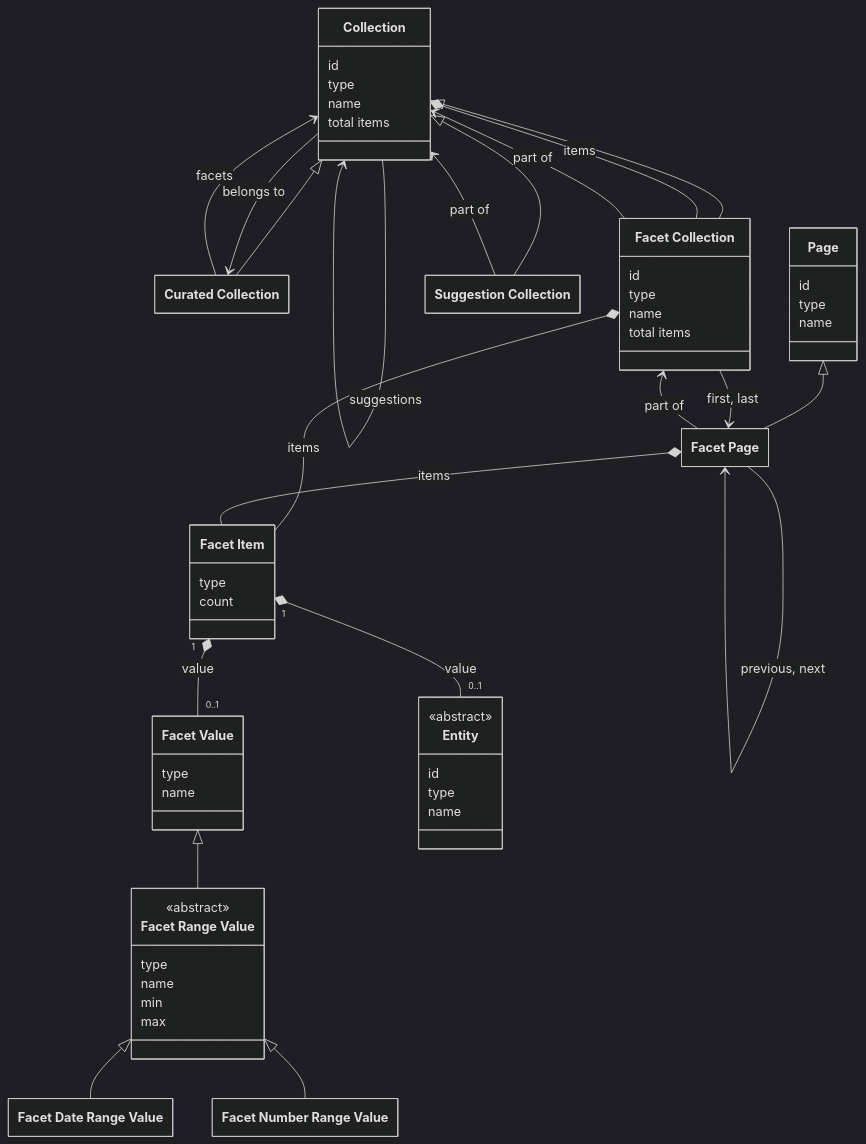
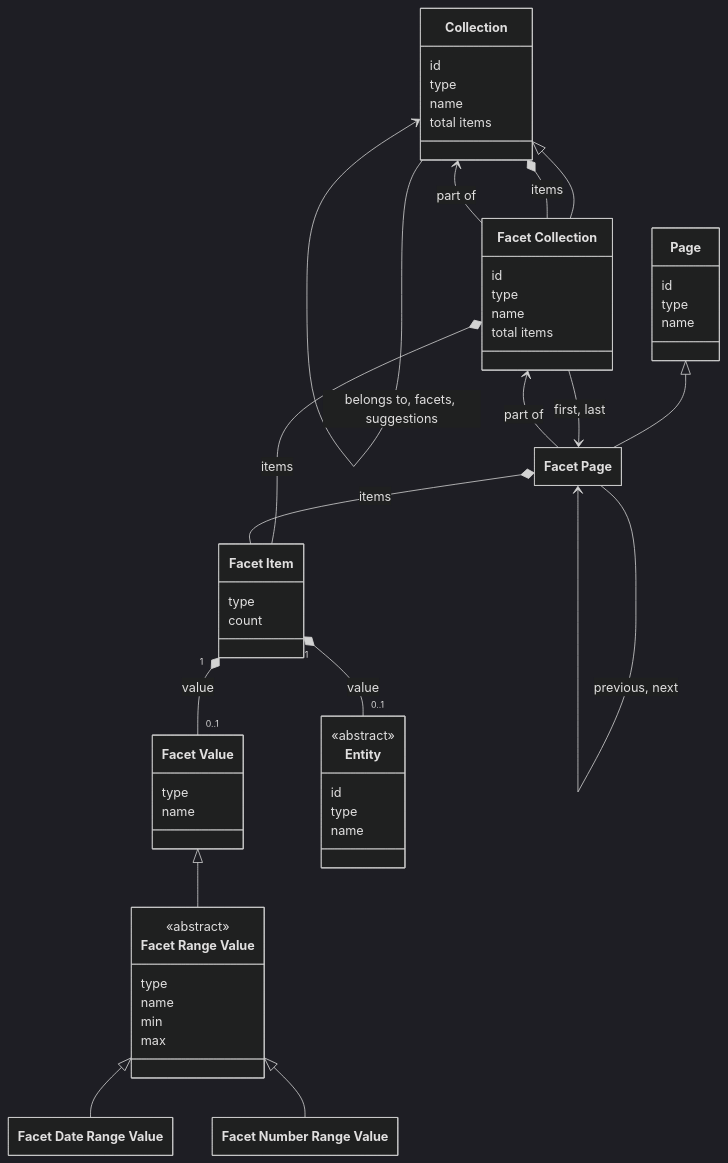
Before and after one commit to netwerk-digitaal-erfgoed/netwerk-digitaal-erfgoed.github.io: the diagram in docs/requirements/data-layer-api/rest/facets.md, drawn with Mermaid (dark theme). The commit also changed other lines of this file and 3 other files, not shown here.

````diff
--- a/docs/requirements/data-layer-api/rest/facets.md
+++ b/docs/requirements/data-layer-api/rest/facets.md
@@ -38,82 +38,73 @@
 ```mermaid
 ---
   config:
     class:
       hideEmptyMembersBox: true
 ---
 classDiagram
 
 class Collection["Collection"] {
   id
   type
   name
   total items
 }
-
-class CuratedCollection["Curated Collection"]
 
 class FacetCollection["Facet Collection"] {
   id
   type
   name
   total items
 }
 
 class Page["Page"] {
   id
   type
   name
 }
 
 class FacetPage["Facet Page"]
 class FacetItem["Facet Item"] {
   type
   count
 }
 
 class FacetValue["Facet Value"] {
   type
   name
 }
 
 class FacetRangeValue["Facet Range Value"] {
   <<abstract>>
   type
   name
   min
   max
 }
 
 class FacetDateRangeValue["Facet Date Range Value"]
 class FacetNumberRangeValue["Facet Number Range Value"]
 
 class Entity {
   <<abstract>>
   id
   type
   name
 }
 
-class SuggestionCollection["Suggestion Collection"]
-
-Collection <|-- CuratedCollection
 Collection <|-- FacetCollection
-Collection <|-- SuggestionCollection
 FacetValue <|-- FacetRangeValue
 FacetRangeValue <|-- FacetDateRangeValue
 FacetRangeValue <|-- FacetNumberRangeValue
 Page <|-- FacetPage
-CuratedCollection --> Collection : facets
-Collection --> CuratedCollection : belongs to
+Collection --> Collection : belongs to, facets, suggestions
 Collection *-- FacetCollection : items
 FacetCollection --> Collection : part of
 FacetCollection --> FacetPage : first, last
 FacetCollection *-- FacetItem : items
 FacetPage --> FacetCollection : part of
 FacetPage --> FacetPage : previous, next
 FacetPage *-- FacetItem : items
 FacetItem "1" *-- "0..1" FacetValue : value
 FacetItem "1" *-- "0..1" Entity  : value
-Collection --> Collection : suggestions
-SuggestionCollection --> Collection : part of
 ```
````
